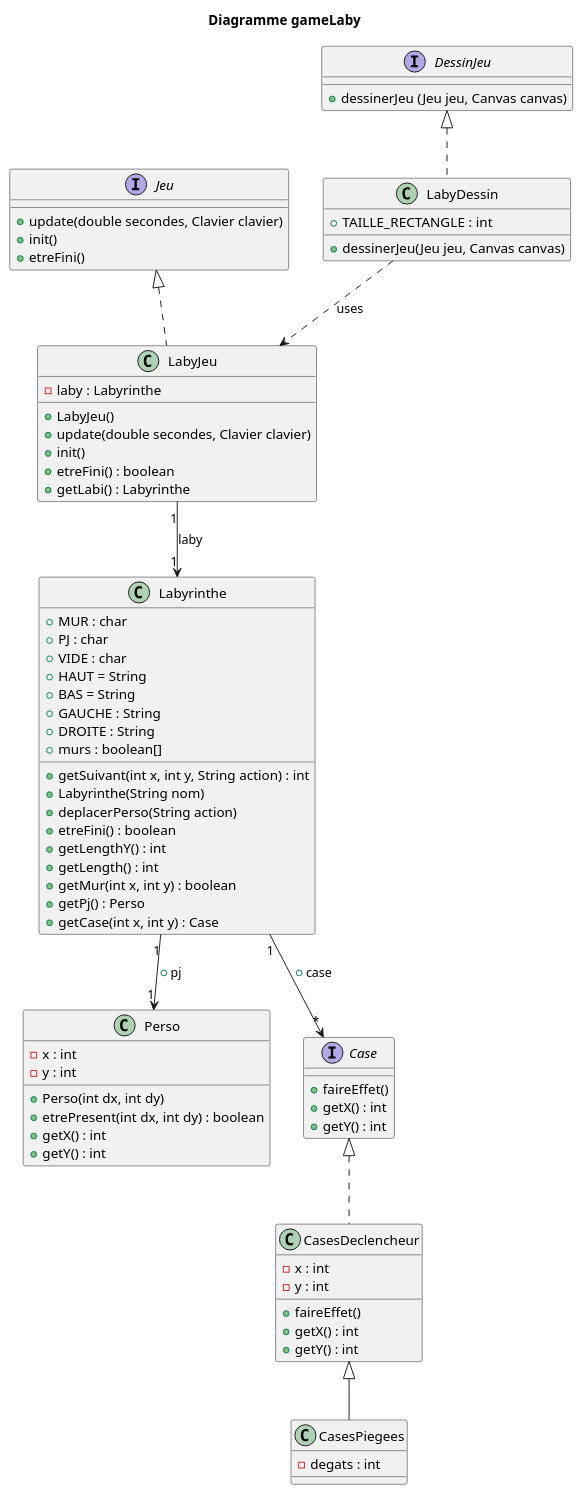
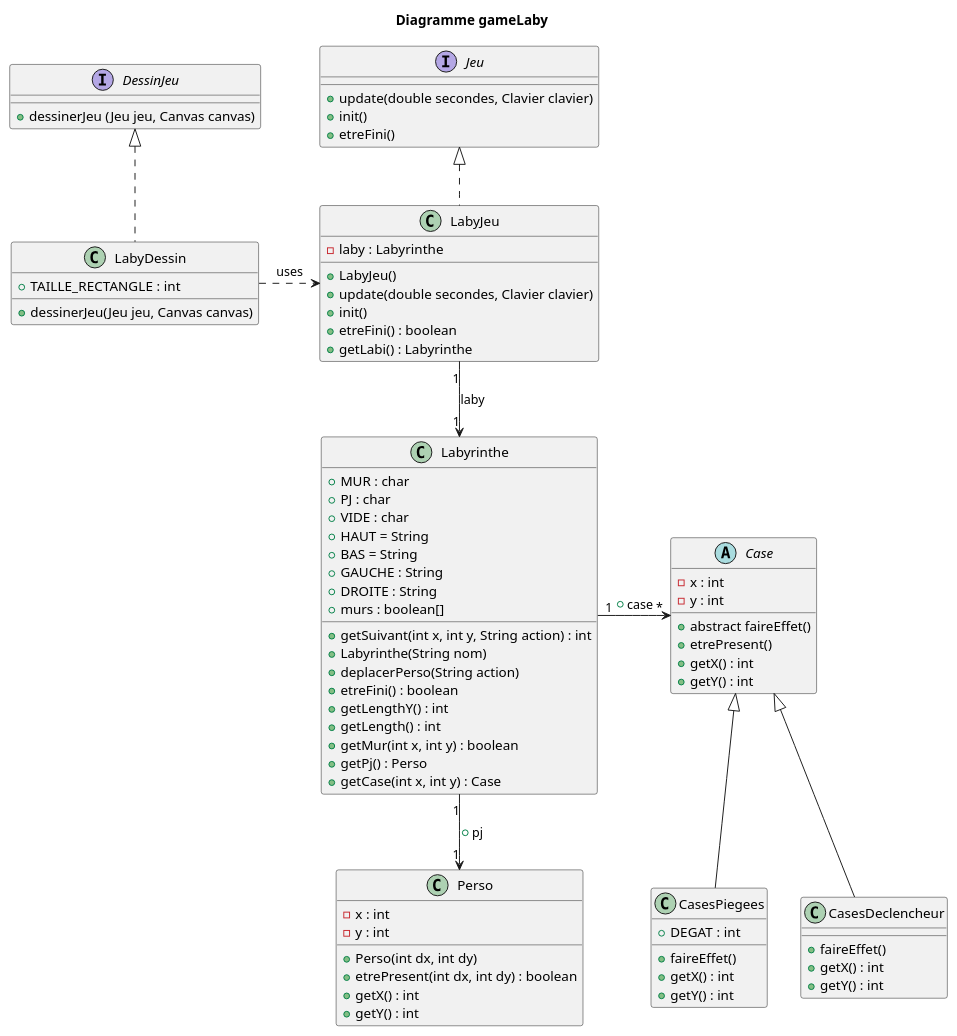
The diagram in zeldiablo/src/diag_classe_Case.puml (Cedran-Bastien/2022_Zeldiablo_Retter_Perez_Hergott_Bastien), drawn with PlantUML before and after one commit. The commit also changed 1 other file, not shown here.

Commit message:
diag_classe_case

```diff
--- a/zeldiablo/src/diag_classe_Case.puml
+++ b/zeldiablo/src/diag_classe_Case.puml
@@ -1,88 +1,92 @@
 @startuml
 'https://plantuml.com/class-diagram
 
 title Diagramme gameLaby
 
 interface Jeu {
     +update(double secondes, Clavier clavier)
     +init()
     +etreFini()
     }
 
 interface DessinJeu {
     +dessinerJeu (Jeu jeu, Canvas canvas)
     }
 
 
 
 class LabyDessin{
     +TAILLE_RECTANGLE : int
     +dessinerJeu(Jeu jeu, Canvas canvas)
 }
 
 class LabyJeu{
     -laby : Labyrinthe
     +LabyJeu()
     +update(double secondes, Clavier clavier)
     +init()
     +etreFini() : boolean
     +getLabi() : Labyrinthe
     }
 
 class Perso{
     -x : int
     -y : int
     +Perso(int dx, int dy)
     +etrePresent(int dx, int dy) : boolean
     +getX() : int
     +getY() : int
     }
 
 class Labyrinthe{
     +MUR : char
     +PJ : char
     +VIDE : char
     +HAUT = String
     +BAS = String
     +GAUCHE : String
     +DROITE : String
     +murs : boolean[]
     +getSuivant(int x, int y, String action) : int
     +Labyrinthe(String nom)
     +deplacerPerso(String action)
     +etreFini() : boolean
      +getLengthY() : int
      +getLength() : int
      +getMur(int x, int y) : boolean
      +getPj() : Perso
      +getCase(int x, int y) : Case
     }
 
-interface Case{
-    + faireEffet()
-    +getX() : int
-    +getY() : int
+abstract Case{
+    - x : int
+    - y : int
+    + abstract faireEffet()
+    + etrePresent()
+    + getX() : int
+    + getY() : int
 }
 
 class CasesDeclencheur{
-    - x : int
-    - y : int
     + faireEffet()
-    +getX() : int
-    +getY() : int
+    + getX() : int
+    + getY() : int
 }
 
 class CasesPiegees{
-    - degats : int
+    + DEGAT : int
+    + faireEffet()
+    + getX() : int
+    + getY() : int
 }
 
 DessinJeu <|.. LabyDessin
 Jeu <|.. LabyJeu
 Labyrinthe "1" --> "1" Perso : +pj
-Labyrinthe "1" --> "*" Case : +case
-LabyDessin ..> LabyJeu : uses
+Labyrinthe "1" -> "*" Case : +case
+LabyDessin .> LabyJeu : uses
 LabyJeu "1" --> "1" Labyrinthe : laby
-Case <|.. CasesDeclencheur
-CasesDeclencheur <|-- CasesPiegees
+Case <|-- CasesDeclencheur
+Case <|-- CasesPiegees
 
 @enduml
```
